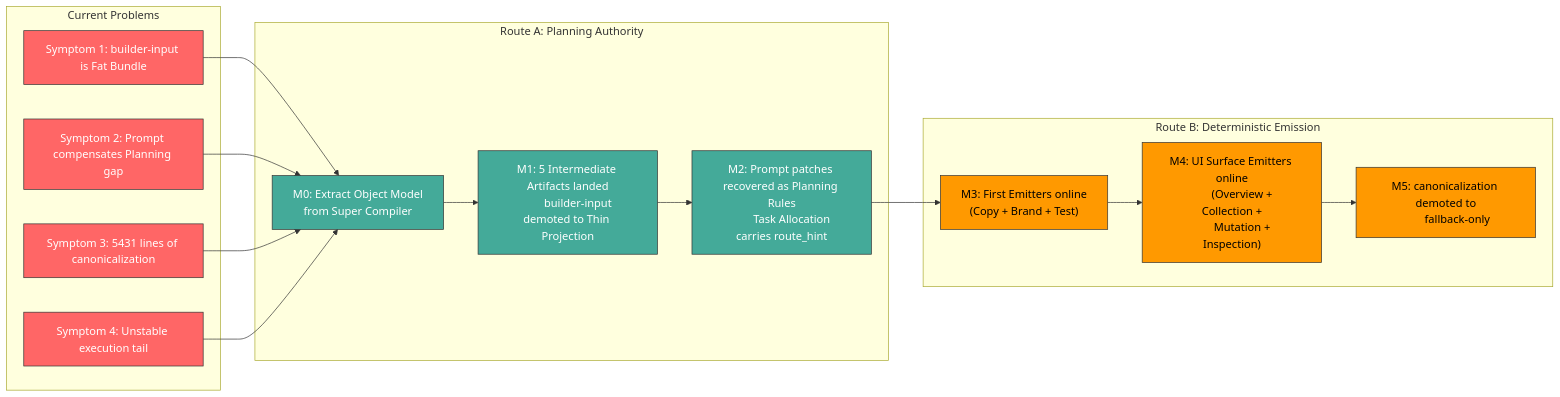
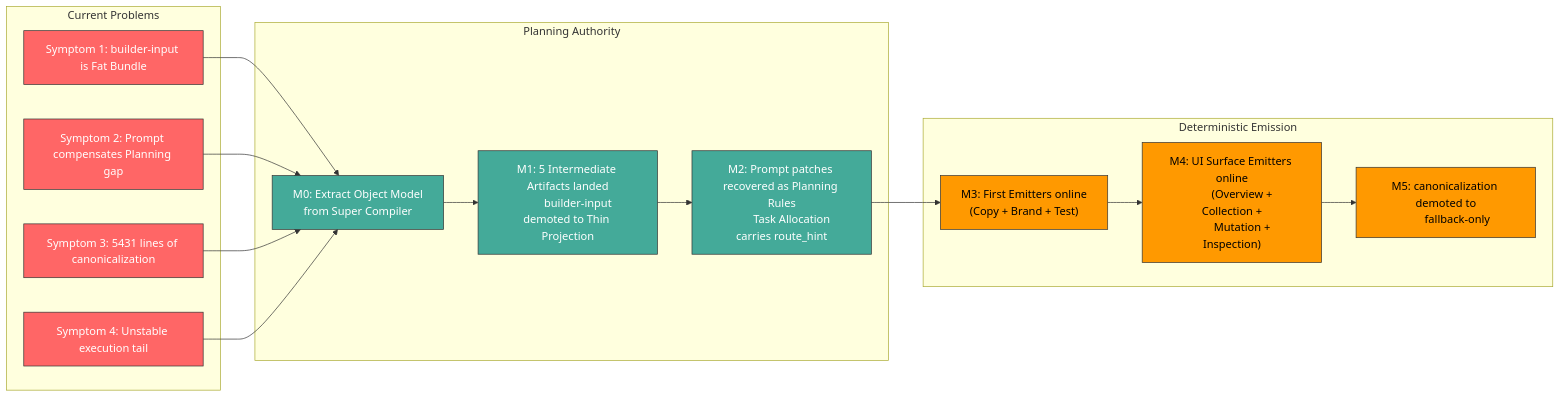
Before and after one commit to kkroid/picoclaw: the fourth of 4 diagrams in docs/design/appfactory-architecture-evolution.zh.md, drawn with Mermaid. The commit also changed other lines of this file and 39 other files, not shown here.

````diff
--- a/docs/design/appfactory-architecture-evolution.zh.md
+++ b/docs/design/appfactory-architecture-evolution.zh.md
@@ -345,44 +348,44 @@
 ```mermaid
 flowchart LR
     subgraph NOW["Current Problems"]
         S1["Symptom 1: builder-input is Fat Bundle"]
         S2["Symptom 2: Prompt compensates Planning gap"]
         S3["Symptom 3: 5431 lines of canonicalization"]
         S4["Symptom 4: Unstable execution tail"]
     end
 
-    subgraph A["Route A: Planning Authority"]
+    subgraph Planning["Planning Authority"]
         A1["M0: Extract Object Model
         from Super Compiler"]
         A2["M1: 5 Intermediate Artifacts landed
         builder-input demoted to Thin Projection"]
         A3["M2: Prompt patches recovered as Planning Rules
         Task Allocation carries route_hint"]
     end
 
-    subgraph B["Route B: Deterministic Emission"]
+    subgraph Emission["Deterministic Emission"]
         B1["M3: First Emitters online
         (Copy + Brand + Test)"]
         B2["M4: UI Surface Emitters online
         (Overview + Collection +
         Mutation + Inspection)"]
         B3["M5: canonicalization demoted to
         fallback-only"]
     end
 
     S1 & S2 --> A1
     S3 & S4 --> A1
     A1 --> A2 --> A3
     A3 --> B1 --> B2 --> B3
 
     style S1 fill:#f66,stroke:#333,color:#fff
     style S2 fill:#f66,stroke:#333,color:#fff
     style S3 fill:#f66,stroke:#333,color:#fff
     style S4 fill:#f66,stroke:#333,color:#fff
     style A1 fill:#4a9,stroke:#333,color:#fff
     style A2 fill:#4a9,stroke:#333,color:#fff
     style A3 fill:#4a9,stroke:#333,color:#fff
     style B1 fill:#f90,stroke:#333,color:#000
     style B2 fill:#f90,stroke:#333,color:#000
     style B3 fill:#f90,stroke:#333,color:#000
 ```
````
